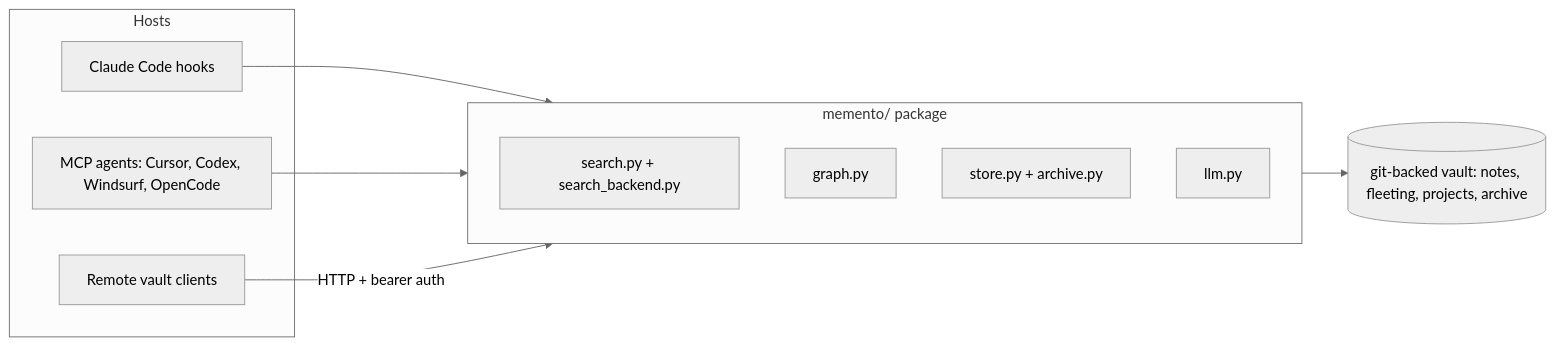
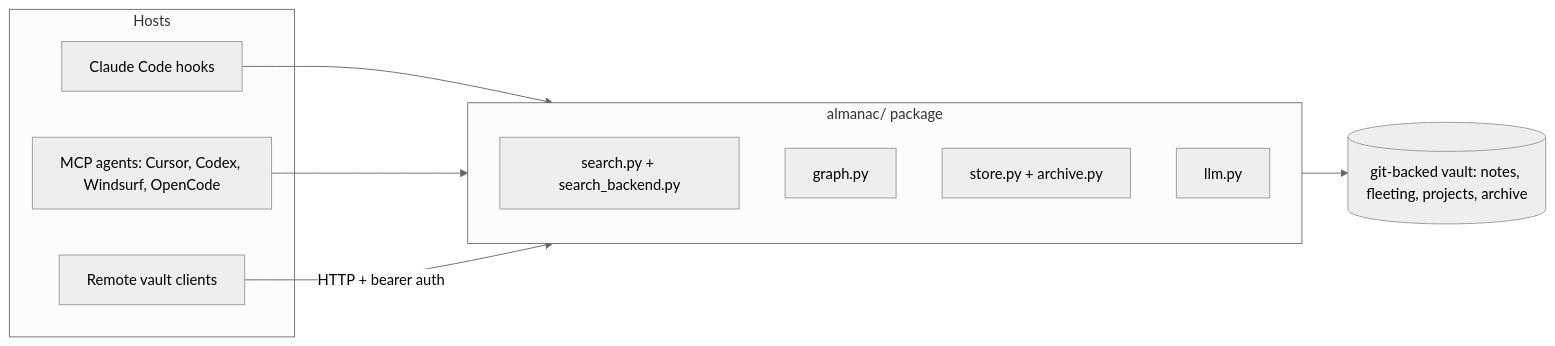
The diagram in docs/architecture.md (AndriGitDev/almanac), drawn with Mermaid (neutral theme) before and after one commit. The commit also changed other lines of this file and 171 other files, not shown here.

Commit message:
Complete Almanac rename with Memento compatibility

````diff
--- a/docs/architecture.md
+++ b/docs/architecture.md
@@ -31,18 +31,18 @@
 ```mermaid
 flowchart LR
     subgraph Hosts
         CC[Claude Code hooks]
         MCP[MCP agents: Cursor, Codex, Windsurf, OpenCode]
         Remote[Remote vault clients]
     end
     CC --> Core
     MCP --> Core
     Remote -->|HTTP + bearer auth| Core
-    subgraph Core[memento/ package]
+    subgraph Core[almanac/ package]
         Search[search.py + search_backend.py]
         Graph[graph.py]
         Store[store.py + archive.py]
         LLM[llm.py]
     end
     Core --> Vault[(git-backed vault: notes, fleeting, projects, archive)]
 ```
````
